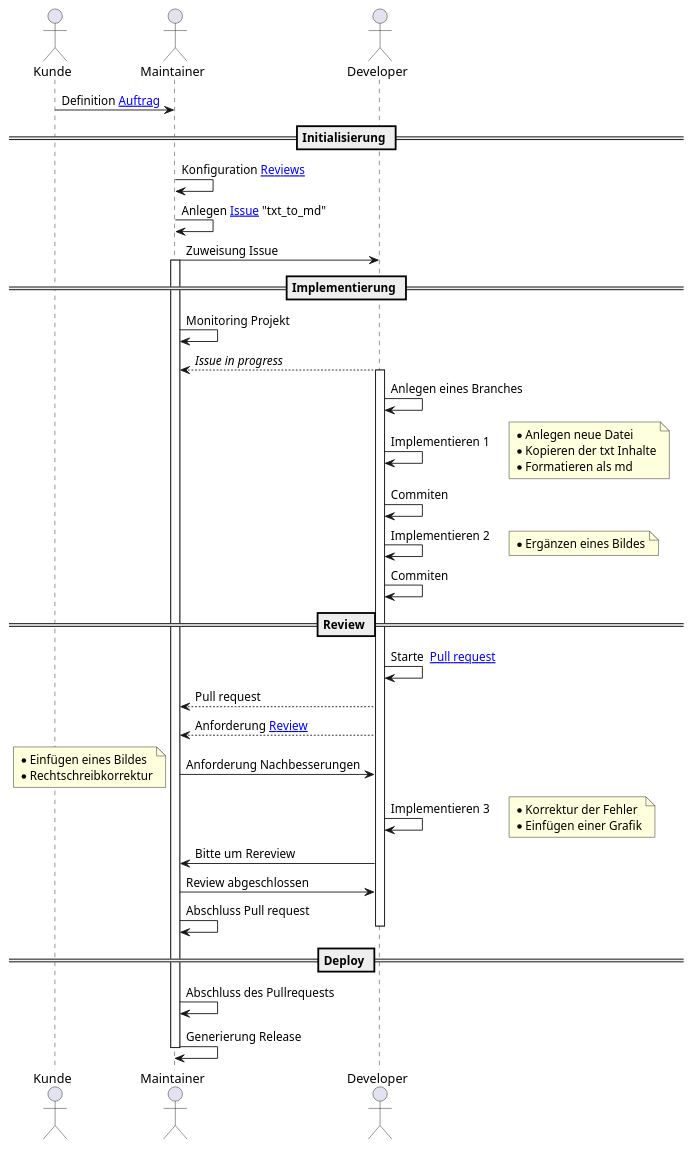
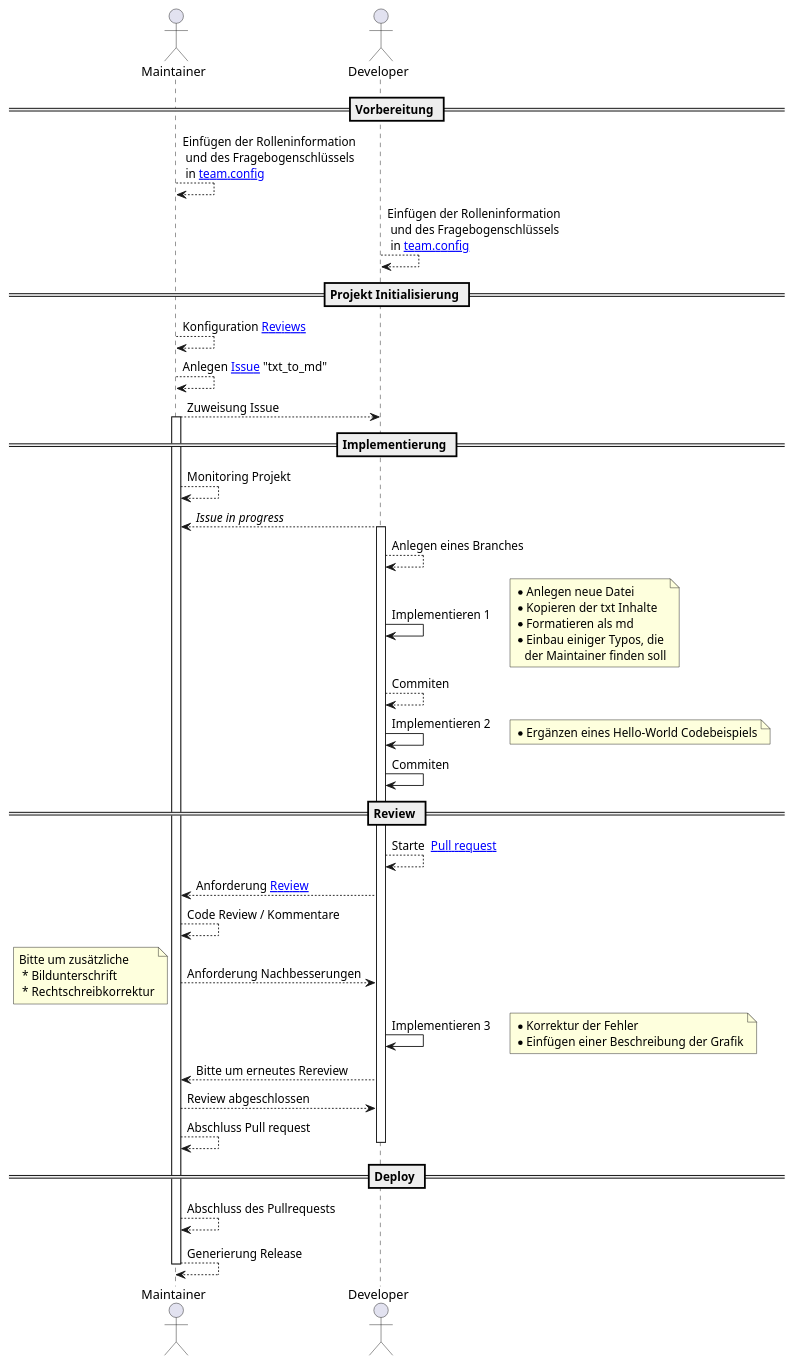
The diagram in .content/sequenceDiagram_0.plantUML (hannah-knst/SoftwareentwicklungSoSe2021_Aufgabe_03), drawn with PlantUML before and after one commit.

```diff
--- a/.content/sequenceDiagram_0.plantUML
+++ b/.content/sequenceDiagram_0.plantUML
@@ -1,50 +1,54 @@
 @startuml
-actor Kunde
 actor Maintainer
 actor Developer
-Kunde -> Maintainer : Definition [[http://plantuml.com/start{Aufgabe 00} Auftrag]]
-== Initialisierung ==
-Maintainer -> Maintainer: Konfiguration [[https://docs.github.com/en/organizations/organizing-members-into-teams/managing-code-review-assignment-for-your-team{Review Konfiguration} Reviews]]
-Maintainer -> Maintainer: Anlegen [[https://guides.github.com/features/issues/{Mastering Issues} Issue]] "txt_to_md"
-Maintainer -> Developer:  Zuweisung Issue
+== Vorbereitung ==
+Maintainer --> Maintainer: Einfügen der Rolleninformation\n und des Fragebogenschlüssels\n in [[https://github.com/ComputerScienceLecturesTUBAF/SoftwareentwicklungSoSe2021_Aufgabe_04/blob/main/team.config{Link zur Datei} team.config]]
+Developer --> Developer: Einfügen der Rolleninformation\n und des Fragebogenschlüssels\n in [[https://github.com/ComputerScienceLecturesTUBAF/SoftwareentwicklungSoSe2021_Aufgabe_04/blob/main/team.config{Link zur Datei} team.config]]
+== Projekt Initialisierung ==
+Maintainer --> Maintainer: Konfiguration [[https://docs.github.com/en/organizations/organizing-members-into-teams/managing-code-review-assignment-for-your-team{Review Konfiguration} Reviews]]
+Maintainer --> Maintainer: Anlegen [[https://guides.github.com/features/issues/{Mastering Issues} Issue]] "txt_to_md"
+Maintainer --> Developer:  Zuweisung Issue
 == Implementierung ==
 activate Maintainer
-Maintainer -> Maintainer:  Monitoring Projekt
+Maintainer --> Maintainer:  Monitoring Projekt
 Developer --> Maintainer:  //Issue in progress//
 activate Developer
-Developer -> Developer:  Anlegen eines Branches
+Developer --> Developer:  Anlegen eines Branches
 Developer -> Developer:  Implementieren 1
 note right
  * Anlegen neue Datei
  * Kopieren der txt Inhalte
  * Formatieren als md
+ * Einbau einiger Typos, die
+    der Maintainer finden soll
 end note
-Developer -> Developer:  Commiten
+Developer --> Developer:  Commiten
 Developer -> Developer:  Implementieren 2
 note right
- * Ergänzen eines Bildes
+ * Ergänzen eines Hello-World Codebeispiels 
 end note
 Developer -> Developer:  Commiten
 == Review ==
-Developer -> Developer:   Starte  [[https://docs.github.com/en/github/collaborating-with-issues-and-pull-requests/creating-a-pull-request {Guideline Pull request} Pull request]]
-Developer --> Maintainer : Pull request 
+Developer --> Developer:   Starte  [[https://docs.github.com/en/github/collaborating-with-issues-and-pull-requests/creating-a-pull-request {Guideline Pull request} Pull request]]
 Developer --> Maintainer : Anforderung [[https://docs.github.com/en/github/collaborating-with-issues-and-pull-requests/about-pull-request-reviews#re-requesting-a-review {Guideline Reviews on Github} Review]]
-Maintainer -> Developer :  Anforderung Nachbesserungen
+Maintainer --> Maintainer:  Code Review / Kommentare
+Maintainer --> Developer :  Anforderung Nachbesserungen
 note left
- * Einfügen eines Bildes
+Bitte um zusätzliche
+ * Bildunterschrift
  * Rechtschreibkorrektur
 end note
 Developer -> Developer:  Implementieren 3
 note right
  * Korrektur der Fehler
- * Einfügen einer Grafik
+ * Einfügen einer Beschreibung der Grafik
 end note
-Developer -> Maintainer :  Bitte um Rereview
-Maintainer -> Developer :  Review abgeschlossen
-Maintainer -> Maintainer:  Abschluss Pull request
+Developer --> Maintainer :  Bitte um erneutes Rereview
+Maintainer --> Developer :  Review abgeschlossen
+Maintainer --> Maintainer:  Abschluss Pull request
 deactivate Developer
 == Deploy ==
-Maintainer -> Maintainer:  Abschluss des Pullrequests
-Maintainer -> Maintainer:  Generierung Release
+Maintainer --> Maintainer:  Abschluss des Pullrequests
+Maintainer --> Maintainer:  Generierung Release
 deactivate Maintainer
 @enduml
```
